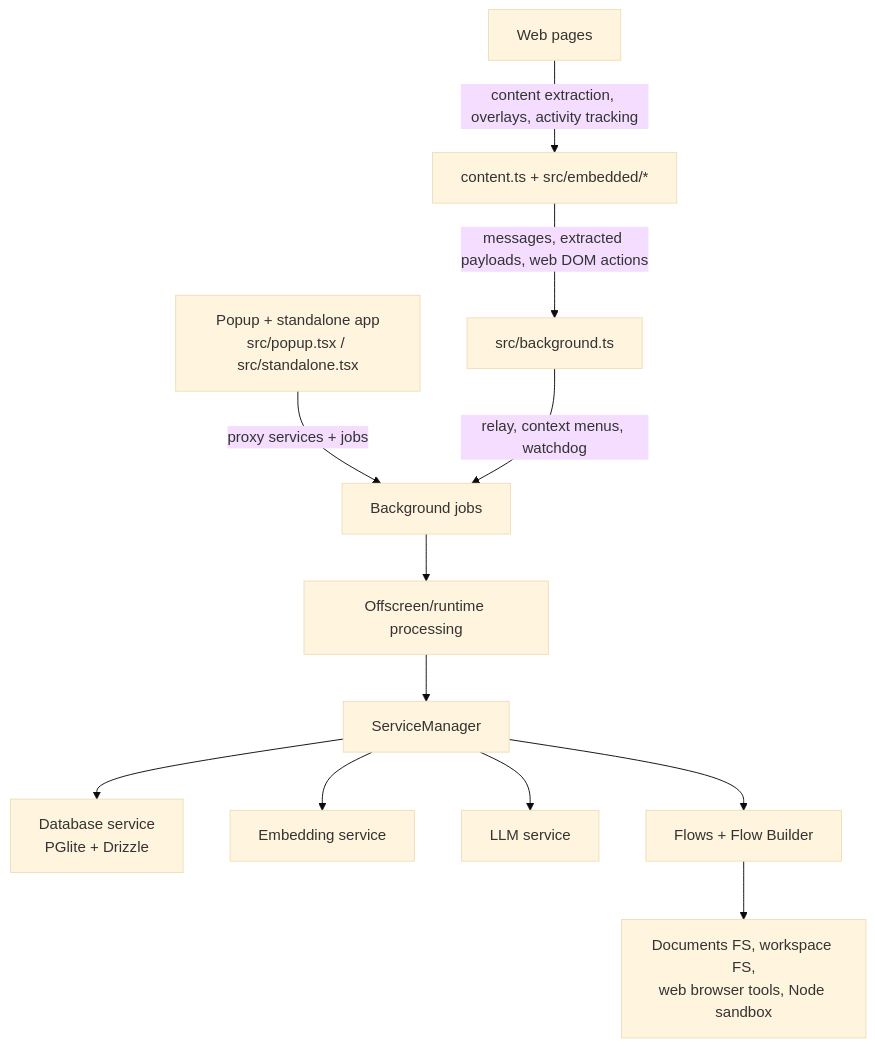
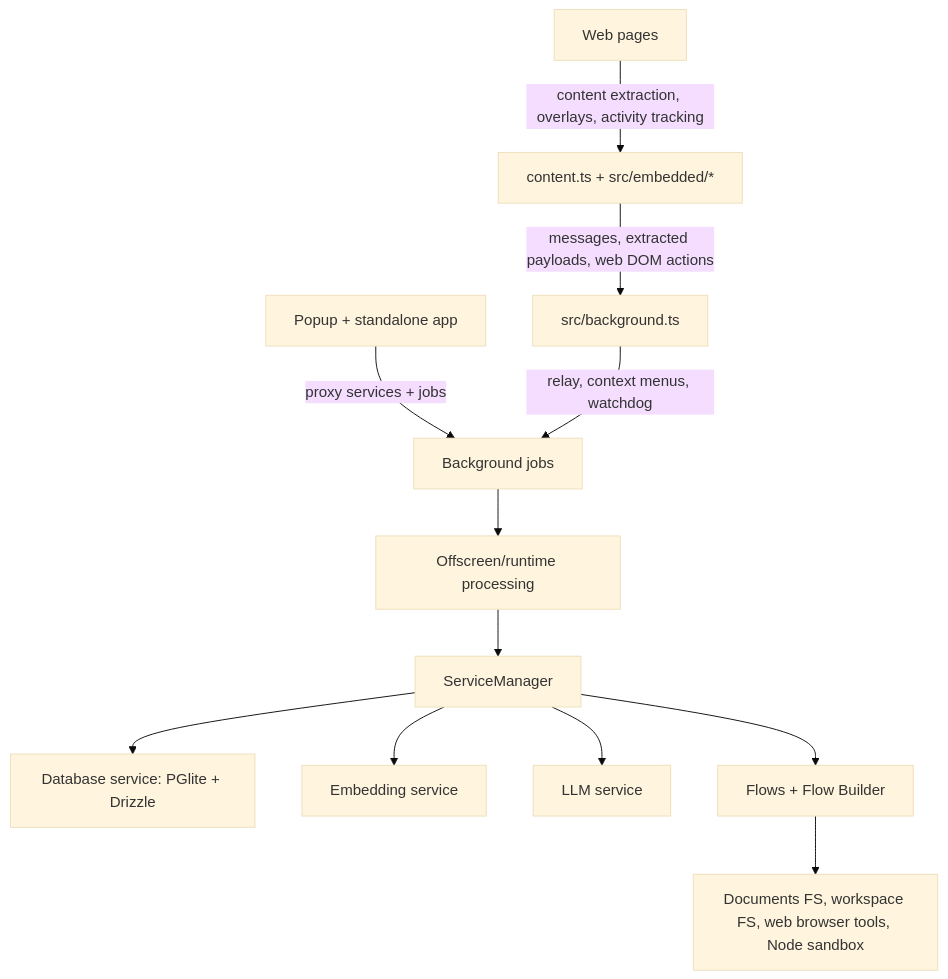
The diagram in README.md (InvisibleQAQ/memorall), drawn with Mermaid (base theme) before and after one commit. The commit also changed other lines of this file and 3 other files, not shown here.

````diff
--- a/README.md
+++ b/README.md
@@ -128,18 +142,18 @@
 ```mermaid
 graph TD
   PAGE["Web pages"] -->|content extraction, overlays, activity tracking| CONTENT["content.ts + src/embedded/*"]
   CONTENT -->|messages, extracted payloads, web DOM actions| BG["src/background.ts"]
 
-  UI["Popup + standalone app<br/>src/popup.tsx / src/standalone.tsx"] -->|proxy services + jobs| JOBS["Background jobs"]
+  UI["Popup + standalone app"] -->|proxy services + jobs| JOBS["Background jobs"]
   BG -->|relay, context menus, watchdog| JOBS
 
   JOBS --> OFF["Offscreen/runtime processing"]
   OFF --> SM["ServiceManager"]
 
-  SM --> DB["Database service<br/>PGlite + Drizzle"]
+  SM --> DB["Database service: PGlite + Drizzle"]
   SM --> EMB["Embedding service"]
   SM --> LLM["LLM service"]
   SM --> FLOWS["Flows + Flow Builder"]
 
-  FLOWS --> TOOLS["Documents FS, workspace FS,<br/>web browser tools, Node sandbox"]
+  FLOWS --> TOOLS["Documents FS, workspace FS, web browser tools, Node sandbox"]
 ```
````
